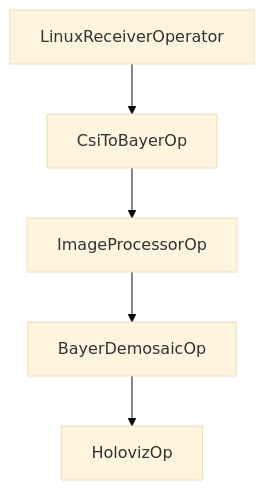
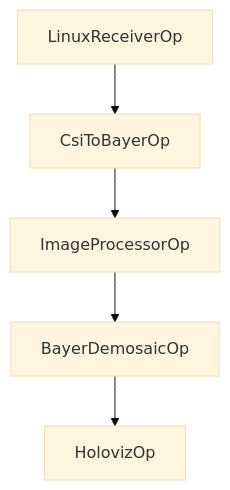
One commit to nvidia-holoscan/holoscan-sensor-bridge changed the second of 11 diagrams in docs/user_guide/applications.mdx. Above: the diagram before and after it, drawn with Mermaid. The commit also changed other lines of this file and 1008 other files, not shown here.

````diff
--- a/docs/user_guide/applications.mdx
+++ b/docs/user_guide/applications.mdx
@@ -322,12 +387,9 @@
-```{mermaid}
-:align: center
-:caption: TSN IMX274 Player
-
+```mermaid
 %%{init: {"theme": "base", "themeVariables": { }} }%%
 
 graph
-    r[LinuxReceiverOperator] --> c[CsiToBayerOp]
+    r[LinuxReceiverOp] --> c[CsiToBayerOp]
     c --> i[ImageProcessorOp]
     i --> d[BayerDemosaicOp]
     d --> v[HolovizOp]
 ```
````
